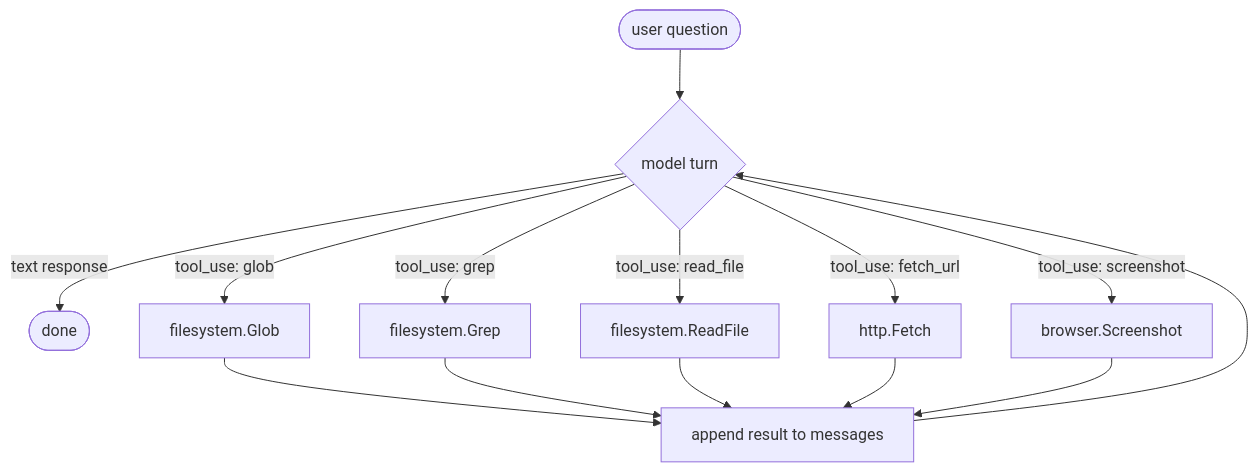
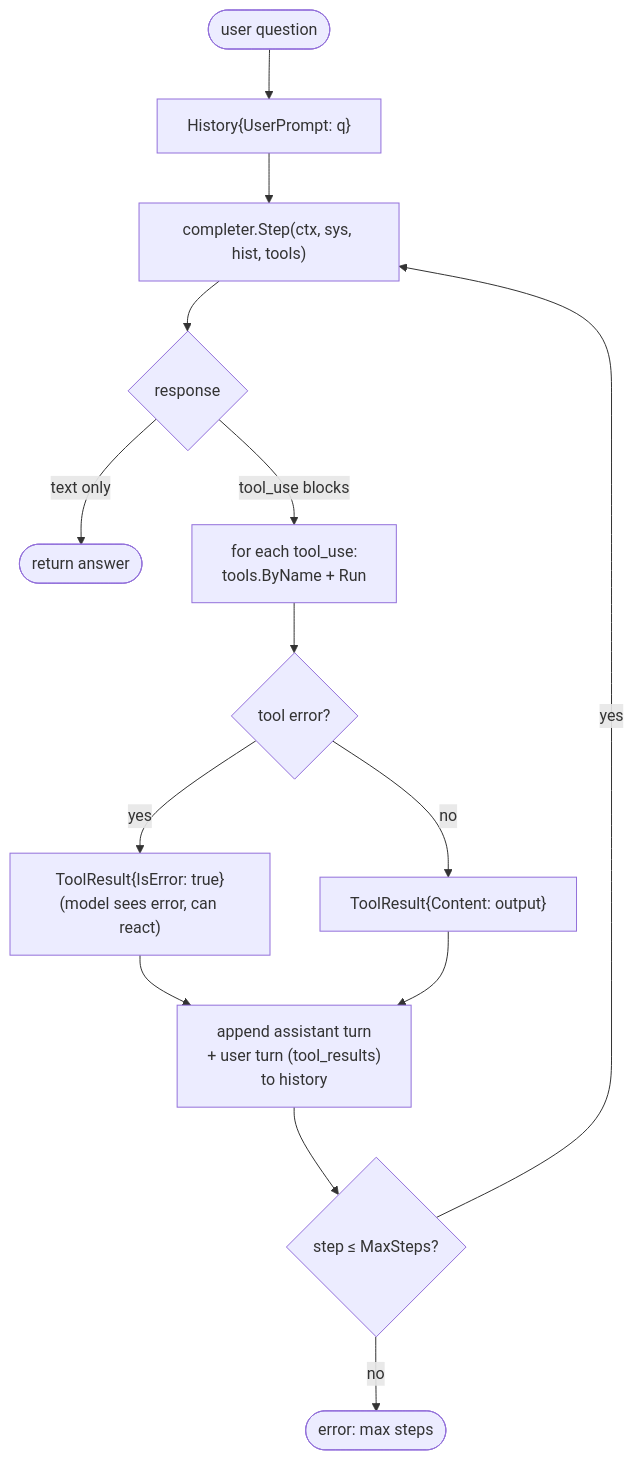
One commit to patrickisgreat/sharma-bot changed the fourth of 5 diagrams in docs/architecture.md. Above: the diagram before and after it, drawn with Mermaid. The commit also changed other lines of this file and 3 other files, not shown here.

First line of the commit message:
docs: update CLAUDE.md, architecture, roadmap, user-guide for agent loop

````diff
--- a/docs/architecture.md
+++ b/docs/architecture.md
@@ -168,17 +167,17 @@
 ```mermaid
 flowchart TD
-    start([user question]) --> loop{model turn}
-    loop -->|text response| done([done])
-    loop -->|tool_use: glob| glob[filesystem.Glob]
-    loop -->|tool_use: grep| grep[filesystem.Grep]
-    loop -->|tool_use: read_file| readf[filesystem.ReadFile]
-    loop -->|tool_use: fetch_url| fetchu[http.Fetch]
-    loop -->|tool_use: screenshot| shot[browser.Screenshot]
-
-    glob --> append[append result to messages]
-    grep --> append
-    readf --> append
-    fetchu --> append
-    shot --> append
-    append --> loop
+    start([user question]) --> hist["History{UserPrompt: q}"]
+    hist --> step["completer.Step(ctx, sys, hist, tools)"]
+    step --> resp{response}
+    resp -->|text only| done([return answer])
+    resp -->|tool_use blocks| dispatch[for each tool_use:<br/>tools.ByName + Run]
+    dispatch --> err{tool error?}
+    err -->|yes| toolErr["ToolResult{IsError: true}<br/>(model sees error, can react)"]
+    err -->|no| toolOk["ToolResult{Content: output}"]
+    toolErr --> append
+    toolOk --> append
+    append["append assistant turn<br/>+ user turn (tool_results)<br/>to history"]
+    append --> capCheck{step ≤ MaxSteps?}
+    capCheck -->|yes| step
+    capCheck -->|no| failCap([error: max steps])
 ```
````
